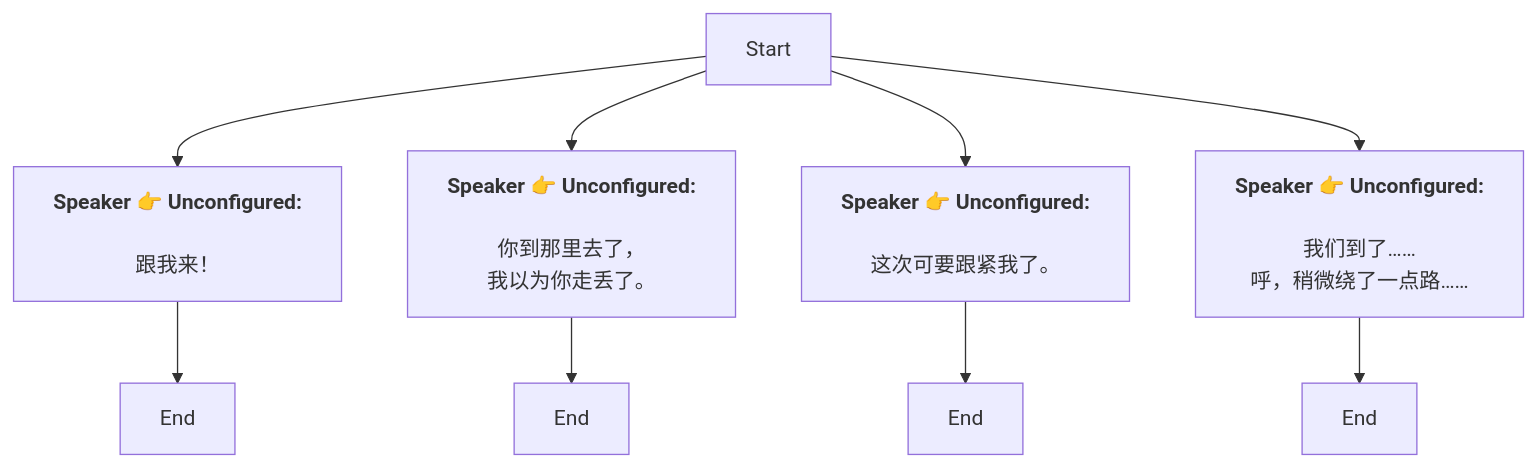
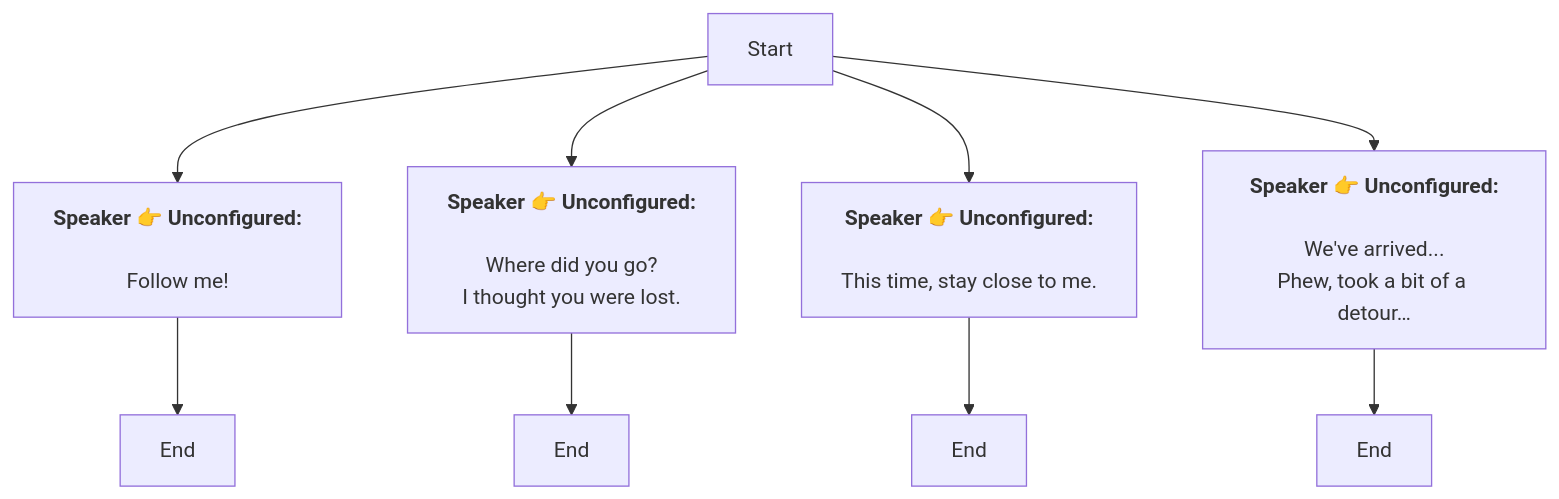
The diagram in Zh/YuiGuideTurtoril.md (SoftHu/tos_avg), drawn with Mermaid before and after one commit. The commit also changed 312 other files, not shown here.

````diff
--- a/Zh/YuiGuideTurtoril.md
+++ b/Zh/YuiGuideTurtoril.md
@@ -1,22 +1,22 @@
 ```mermaid
 graph
 Start -->1769066131689535[<b>Speaker 👉 Unconfigured:</b>
 
-跟我来！]
+Follow me!]
 1769066131689535 -->1769066092872766[End]
 Start -->1769066146257985[<b>Speaker 👉 Unconfigured:</b>
 
-你到那里去了，
-我以为你走丢了。]
+Where did you go?
+I thought you were lost.]
 1769066146257985 -->1769066146257986[End]
 Start -->1769066149276740[<b>Speaker 👉 Unconfigured:</b>
 
-这次可要跟紧我了。]
+This time, stay close to me.]
 1769066149276740 -->1769066149276741[End]
 Start -->1769066151519303[<b>Speaker 👉 Unconfigured:</b>
 
-我们到了……
-呼，稍微绕了一点路……]
+We've arrived...
+Phew, took a bit of a detour…]
 1769066151519303 -->1769066151519304[End]
 
  ```
````
